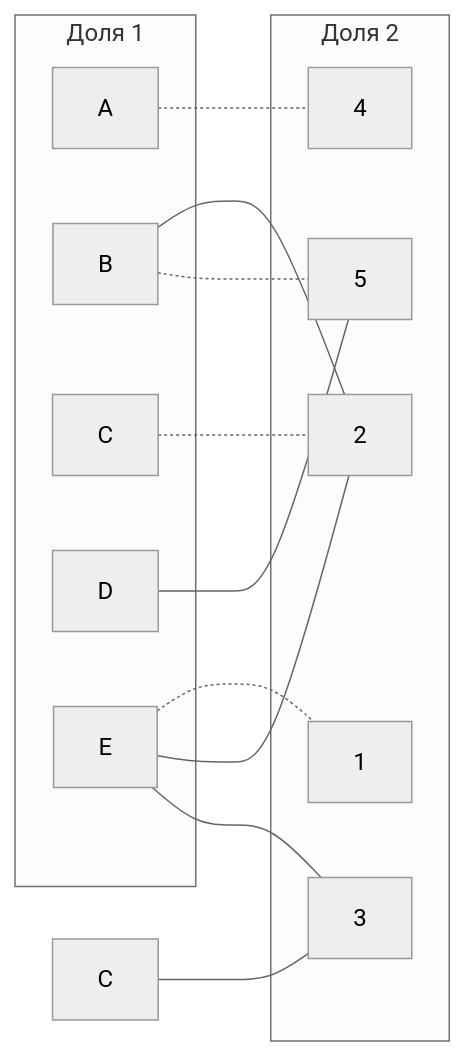
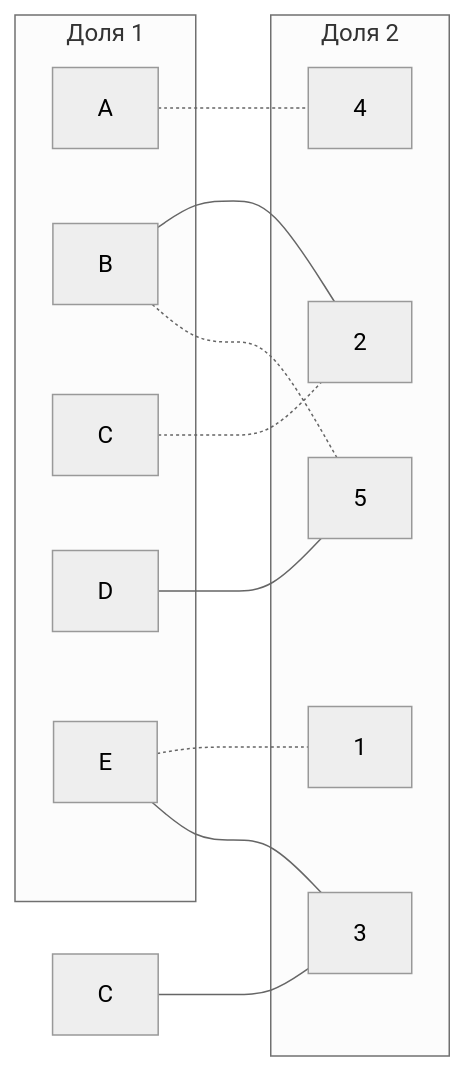
One commit to HSE-algo-23-owl/manual_tasks changed the fifth of 8 diagrams in task_13/TwoPizza_task_13.md. Above: the diagram before and after it, drawn with Mermaid (neutral theme). The commit also changed other lines of this file, not shown here.

````diff
--- a/task_13/TwoPizza_task_13.md
+++ b/task_13/TwoPizza_task_13.md
@@ -166,26 +165,25 @@
 ```mermaid
 graph LR
     subgraph "Доля 1"
         A[A]
         B[B]
         C[C]
         D[D]
         E[E]
     end
     subgraph "Доля 2"
         1[1]
         2[2]
         3[3]
         4[4]
         5[5]
     end
     A -.- 4
     B --- 2
     B -.- 5
     C -.- 2
     С --- 3
     D --- 5
     E -.- 1
-    E --- 2
     E --- 3
 ```
````
